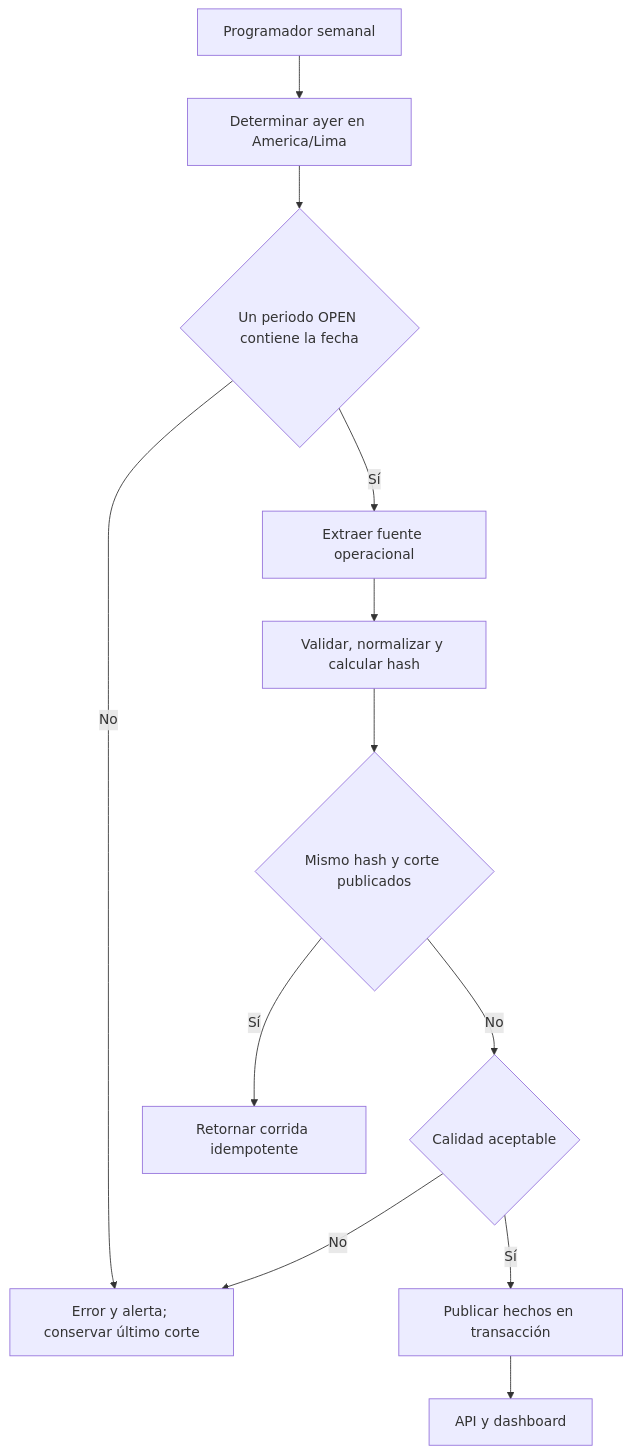
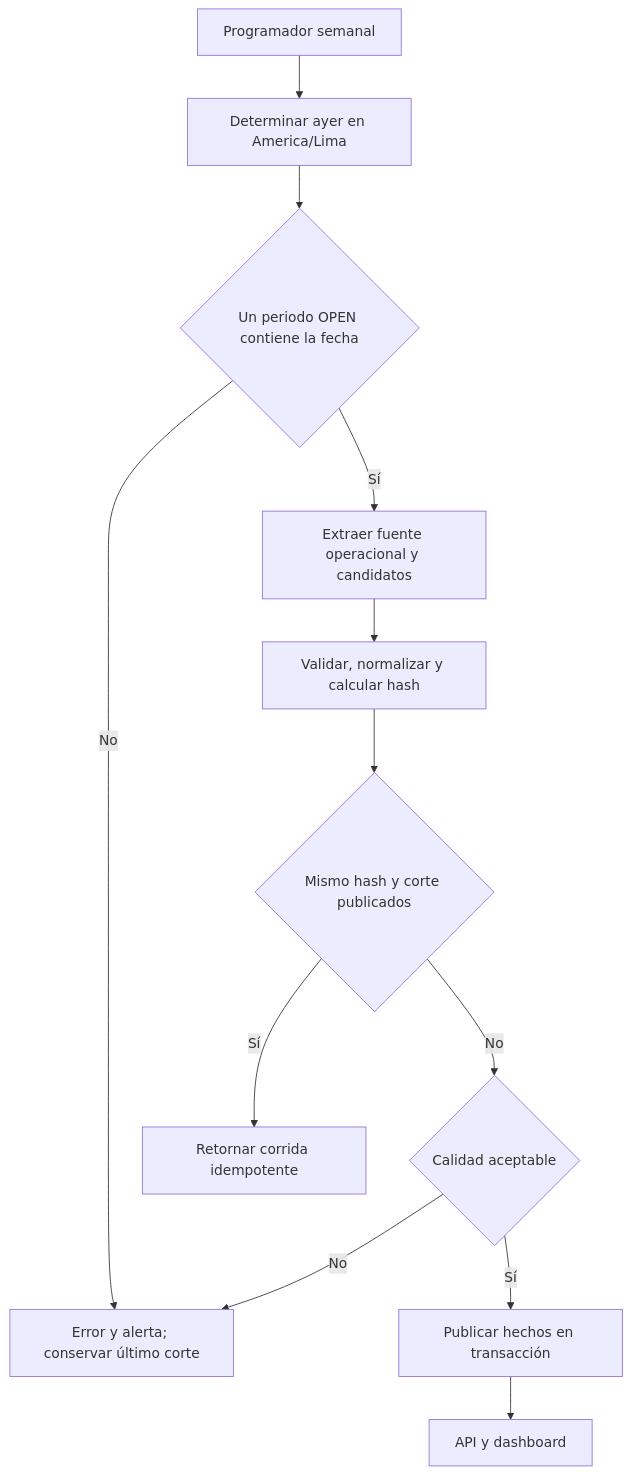
One commit to Kiara1616/pulse-epis changed the third of 3 diagrams in docs/proyecto/26-Arquitectura-Data-Warehouse.md. Above: the diagram before and after it, drawn with Mermaid. The commit also changed other lines of this file and 25 other files, not shown here.

````diff
--- a/docs/proyecto/26-Arquitectura-Data-Warehouse.md
+++ b/docs/proyecto/26-Arquitectura-Data-Warehouse.md
@@ -69,14 +71,14 @@
 ```mermaid
 flowchart TD
     S[Programador semanal] --> T[Determinar ayer en America/Lima]
     T --> P{Un periodo OPEN contiene la fecha}
     P -->|No| X[Error y alerta; conservar último corte]
-    P -->|Sí| E[Extraer fuente operacional]
+    P -->|Sí| E[Extraer fuente operacional y candidatos]
     E --> Q[Validar, normalizar y calcular hash]
     Q --> I{Mismo hash y corte publicados}
     I -->|Sí| R[Retornar corrida idempotente]
     I -->|No| V{Calidad aceptable}
     V -->|No| X
     V -->|Sí| F[Publicar hechos en transacción]
     F --> A[API y dashboard]
 ```
````
